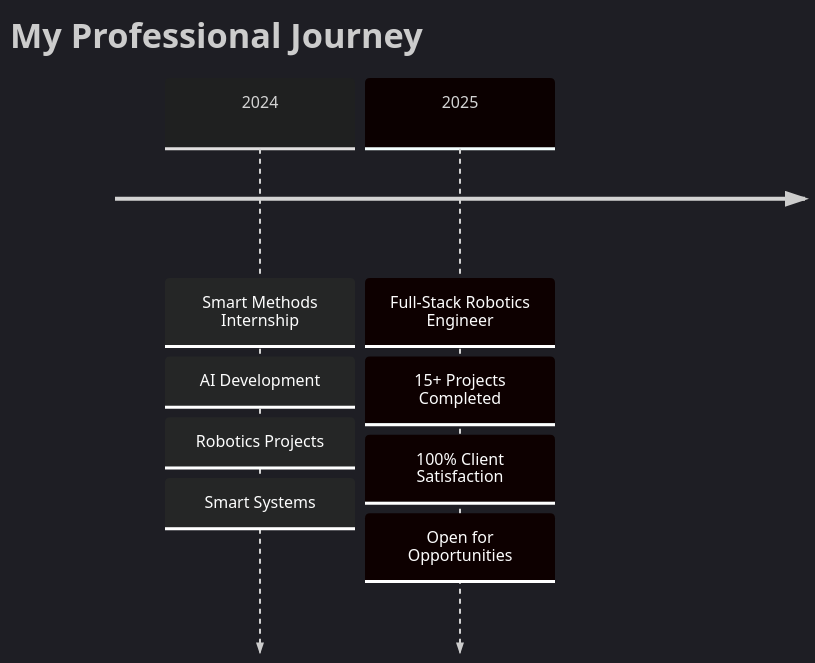
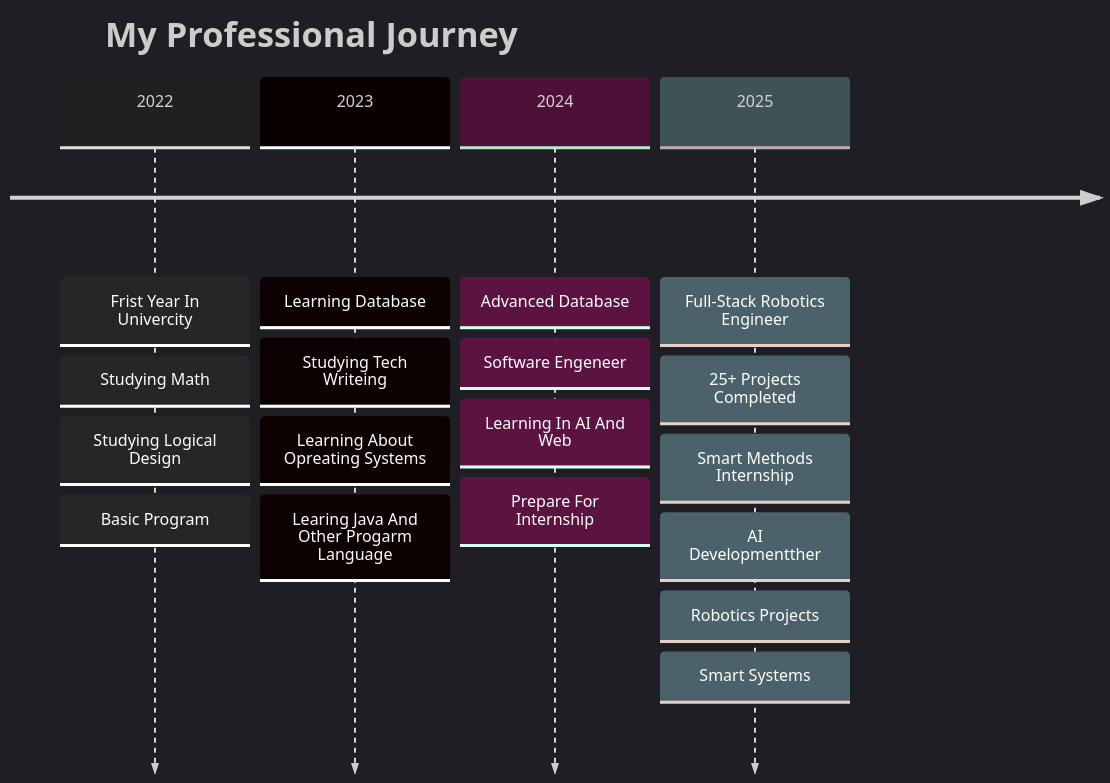
One commit to khaledsulimani/khaledsulimani changed the diagram in README.md. Above: the diagram before and after it, drawn with Mermaid. The commit also changed other lines of this file, not shown here.

````diff
--- a/README.md
+++ b/README.md
@@ -426,13 +416,23 @@
 ```mermaid
 %%{init: {'theme':'dark'}}%%
 timeline
     title My Professional Journey
-    2024 : Smart Methods Internship
-         : AI Development
+    2022 : Frist Year In Univercity
+         : Studying Math
+         : Studying Logical Design
+         : Basic Program
+    2023 : Learning Database
+         : Studying Tech Writeing
+         : Learning About Opreating Systems
+         : Learing Java And Other Progarm Language 
+    2024 : Advanced Database
+         : Software Engeneer
+         : Learning In AI And Web
+         : Prepare For Internship
+    2025 : Full-Stack Robotics Engineer
+         : 25+ Projects Completed
+         : Smart Methods Internship
+         : AI Developmentther
          : Robotics Projects
          : Smart Systems
-    2025 : Full-Stack Robotics Engineer
-         : 15+ Projects Completed
-         : 100% Client Satisfaction
-         : Open for Opportunities
 ```
````
